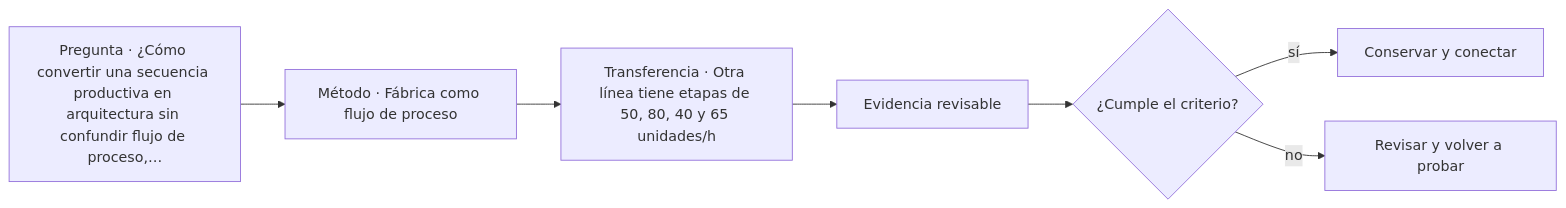
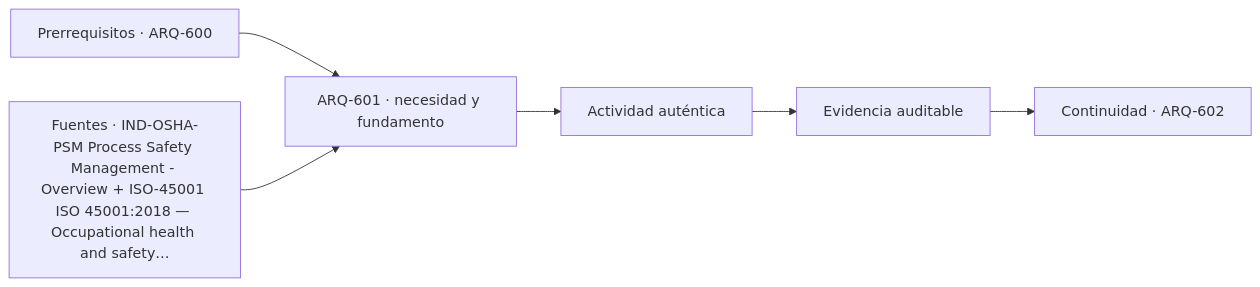
One commit to vladimiracunadev-create/architecture-built-environment-learning-program changed the diagram in classes/parte-61/ARQ-601.md. Above: the diagram before and after it, drawn with Mermaid. The commit also changed other lines of this file and 761 other files, not shown here.

````diff
--- a/classes/parte-61/ARQ-601.md
+++ b/classes/parte-61/ARQ-601.md
@@ -111,9 +123,8 @@
 ```mermaid
 flowchart LR
-    Q["Pregunta · ¿Cómo convertir una secuencia productiva en arquitectura sin confundir flujo de proceso,…"] --> M["Método · Fábrica como flujo de proceso"]
-    M --> P["Transferencia · Otra línea tiene etapas de 50, 80, 40 y 65 unidades/h"]
-    P --> E["Evidencia revisable"]
-    E --> C{"¿Cumple el criterio?"}
-    C -->|sí| T["Conservar y conectar"]
-    C -->|no| R["Revisar y volver a probar"]
+    A["Prerrequisitos · ARQ-600"] --> B["ARQ-601 · necesidad y fundamento"]
+    S["Fuentes · IND-OSHA-PSM Process Safety Management - Overview + ISO-45001 ISO 45001:2018 — Occupational health and safety…"] --> B
+    B --> C["Actividad auténtica"]
+    C --> D["Evidencia auditable"]
+    D --> E["Continuidad · ARQ-602"]
 ```
````
